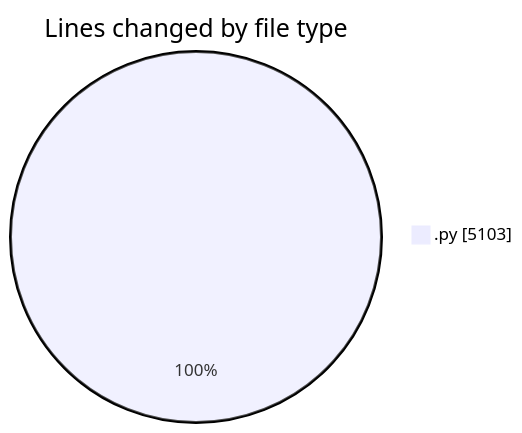
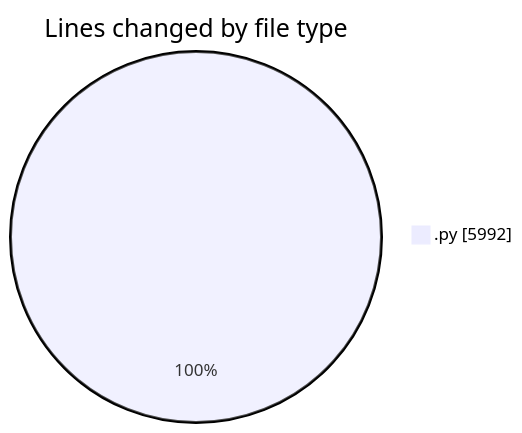
One commit to jrari/code-tracking changed the first of 2 diagrams in 2025-07-14/telebot/README.md. Above: the diagram before and after it, drawn with Mermaid. The commit also changed other lines of this file and 1 other file, not shown here.

````diff
--- a/2025-07-14/telebot/README.md
+++ b/2025-07-14/telebot/README.md
@@ -26,5 +27,5 @@
 ```mermaid
 pie showData
 title Lines changed by file type
-".py" : 5103
+".py" : 5992
 ```
````
